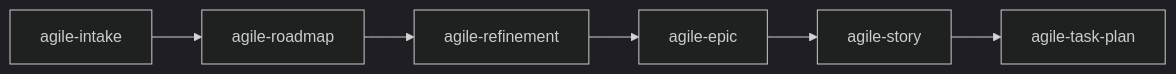
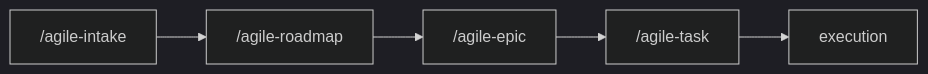
One commit to djalmajr/essential-skills changed the diagram in skills/agile-roadmap/README.md. Above: the diagram before and after it, drawn with Mermaid (dark theme). The commit also changed other lines of this file and 60 other files, not shown here.

````diff
--- a/skills/agile-roadmap/README.md
+++ b/skills/agile-roadmap/README.md
@@ -64,8 +51,7 @@
 ```mermaid
 flowchart LR
-    A[agile-intake] --> B[agile-roadmap]
-    B --> C[agile-refinement]
-    C --> D[agile-epic]
-    D --> E[agile-story]
-    E --> F[agile-task-plan]
+    A["/agile-intake"] --> B["/agile-roadmap"]
+    B --> C["/agile-epic"]
+    C --> D["/agile-task"]
+    D --> E[execution]
 ```
````
